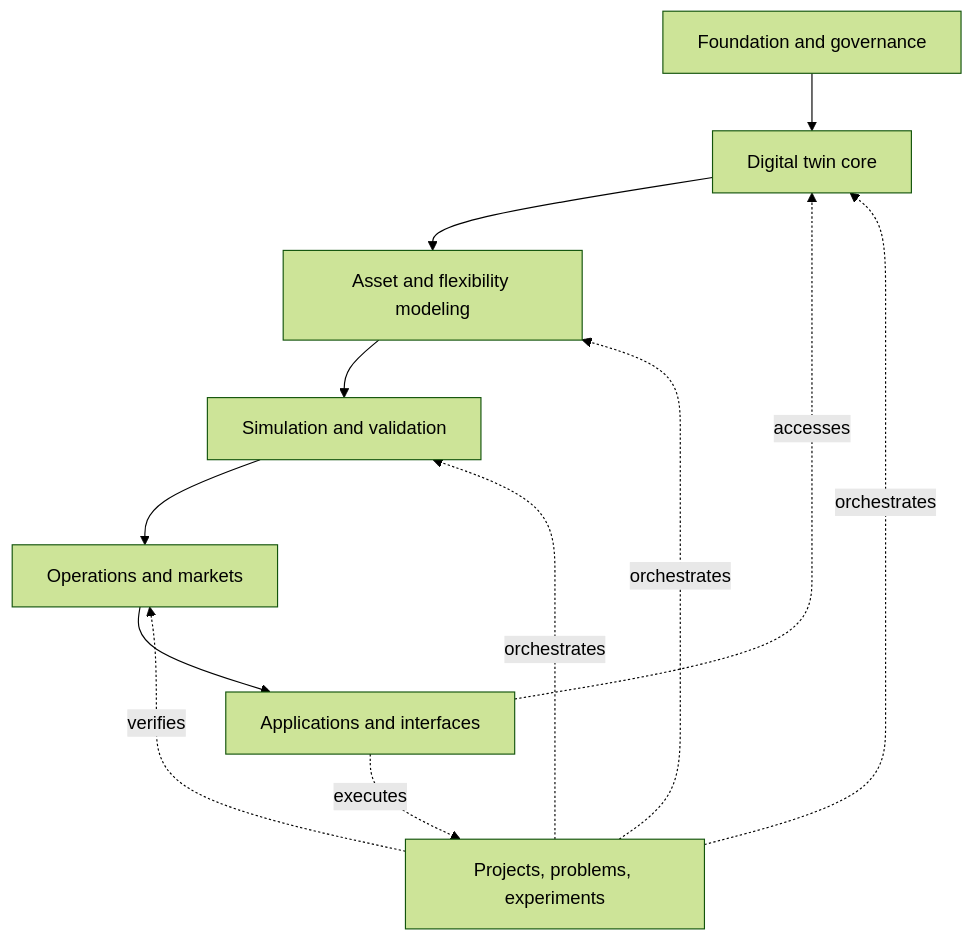
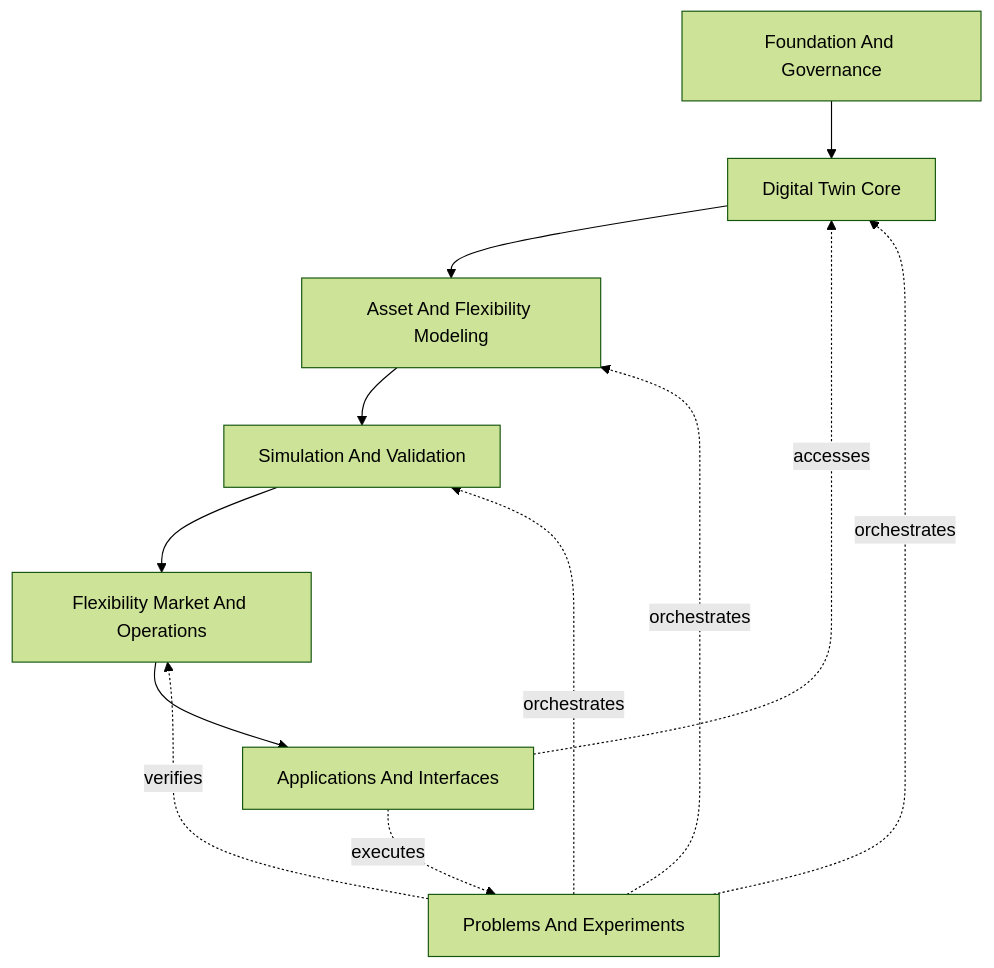
The diagram in docs/platform/capability-architecture.md (lirei-lab/gridalyn), drawn with Mermaid (forest theme) before and after one commit. The commit also changed other lines of this file and 14 other files, not shown here.

````diff
--- a/docs/platform/capability-architecture.md
+++ b/docs/platform/capability-architecture.md
@@ -20,22 +20,22 @@
 ```mermaid
 flowchart TB
-  foundation[Foundation and governance]
-  twin[Digital twin core]
-  assets[Asset and flexibility modeling]
-  simulation[Simulation and validation]
-  operations[Operations and markets]
-  projects[Projects, problems, experiments]
-  interfaces[Applications and interfaces]
+  foundation[Foundation And Governance]
+  twin[Digital Twin Core]
+  assets[Asset And Flexibility Modeling]
+  simulation[Simulation And Validation]
+  operations[Flexibility Market And Operations]
+  projects[Problems And Experiments]
+  interfaces[Applications And Interfaces]
 
   foundation --> twin
   twin --> assets
   assets --> simulation
   simulation --> operations
   projects -. orchestrates .-> twin
   projects -. orchestrates .-> assets
   projects -. orchestrates .-> simulation
   projects -. verifies .-> operations
   interfaces -. accesses .-> twin
   interfaces -. executes .-> projects
   operations --> interfaces
 ```
````
